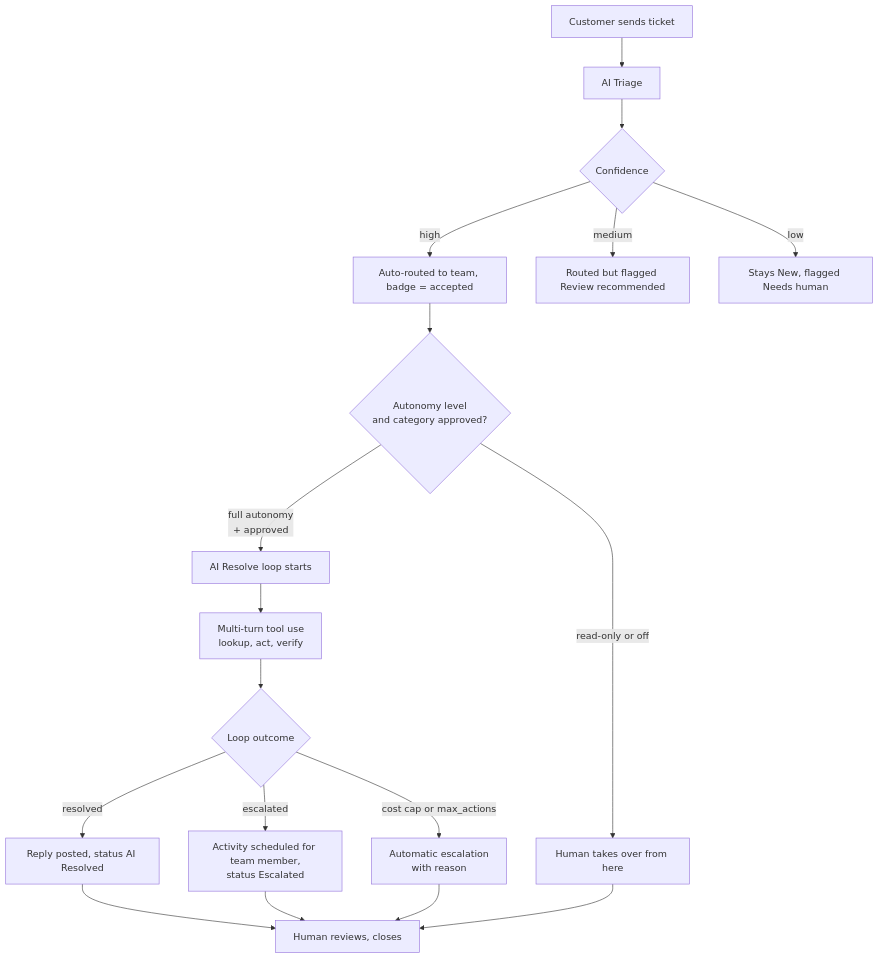
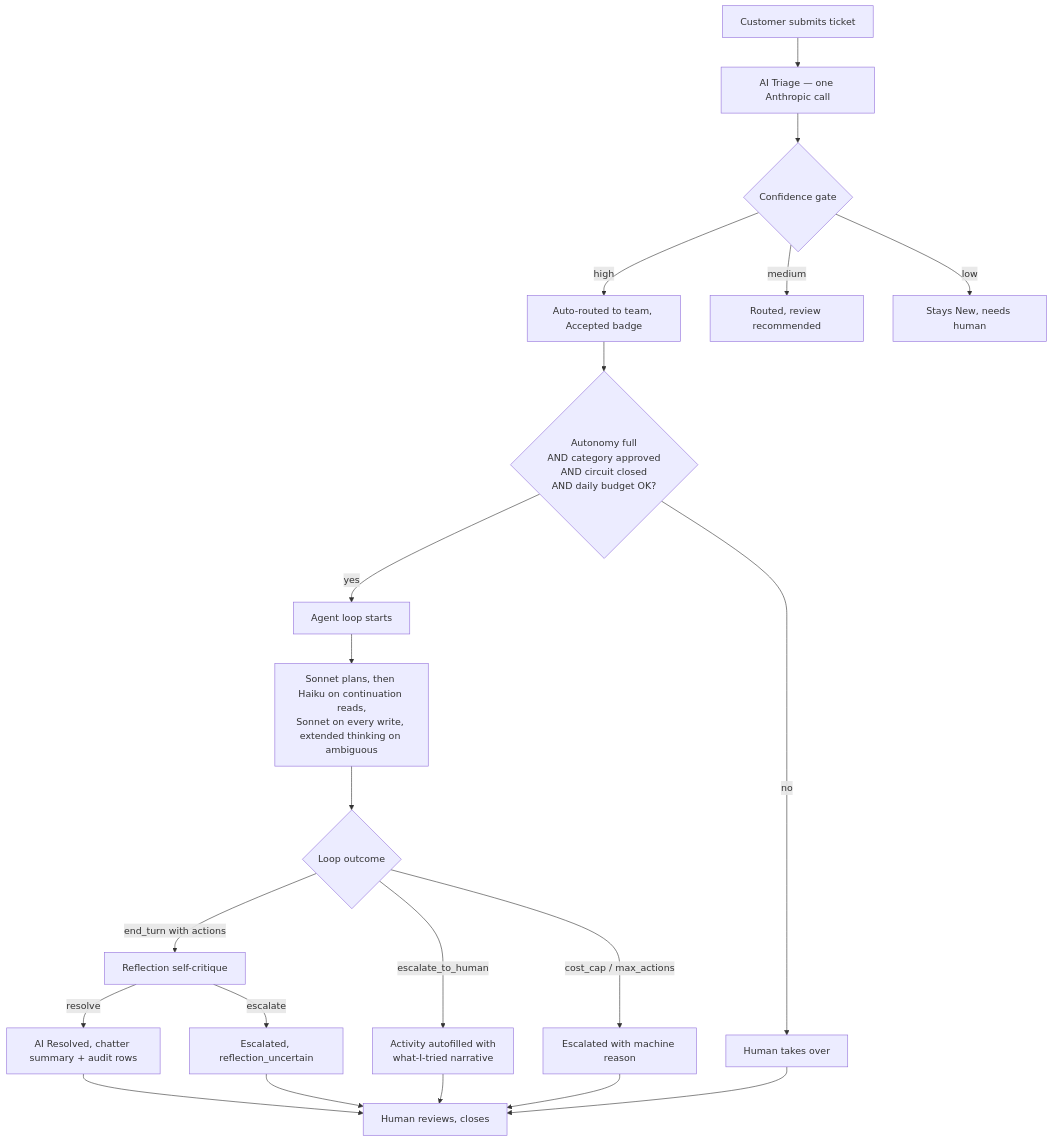
Before and after one commit to MohammadThabetHassan/odoo-ai-helpdesk-triage: the diagram in ai_helpdesk_triage/docs/showcase.md, drawn with Mermaid. The commit also changed other lines of this file and 3 other files, not shown here.

````diff
--- a/ai_helpdesk_triage/docs/showcase.md
+++ b/ai_helpdesk_triage/docs/showcase.md
@@ -43,20 +51,23 @@
 ```mermaid
 flowchart TB
-    A[Customer sends ticket] --> B[AI Triage]
-    B --> C{Confidence}
-    C -->|high| D[Auto-routed to team, badge = accepted]
-    C -->|medium| E[Routed but flagged Review recommended]
-    C -->|low| F[Stays New, flagged Needs human]
-    D --> G{Autonomy level<br/>and category approved?}
-    G -->|full autonomy<br/>+ approved| H[AI Resolve loop starts]
-    G -->|read-only or off| I[Human takes over from here]
-    H --> J[Multi-turn tool use<br/>lookup, act, verify]
+    A[Customer submits ticket] --> B[AI Triage — one Anthropic call]
+    B --> C{Confidence gate}
+    C -->|high| D[Auto-routed to team, Accepted badge]
+    C -->|medium| E[Routed, review recommended]
+    C -->|low| F[Stays New, needs human]
+    D --> G{Autonomy full<br/>AND category approved<br/>AND circuit closed<br/>AND daily budget OK?}
+    G -->|yes| H[Agent loop starts]
+    G -->|no| I[Human takes over]
+    H --> J[Sonnet plans, then Haiku on continuation reads,<br/>Sonnet on every write, extended thinking on ambiguous]
     J --> K{Loop outcome}
-    K -->|resolved| L[Reply posted, status AI Resolved]
-    K -->|escalated| M[Activity scheduled for team member,<br/>status Escalated]
-    K -->|cost cap or max_actions| N[Automatic escalation<br/>with reason]
-    L --> O[Human reviews, closes]
-    M --> O
-    N --> O
-    I --> O
+    K -->|end_turn with actions| L[Reflection self-critique]
+    L -->|resolve| M[AI Resolved, chatter summary + audit rows]
+    L -->|escalate| N[Escalated, reflection_uncertain]
+    K -->|escalate_to_human| O[Activity autofilled with<br/>what-I-tried narrative]
+    K -->|cost_cap / max_actions| P[Escalated with machine reason]
+    M --> Q[Human reviews, closes]
+    N --> Q
+    O --> Q
+    P --> Q
+    I --> Q
 ```
````
